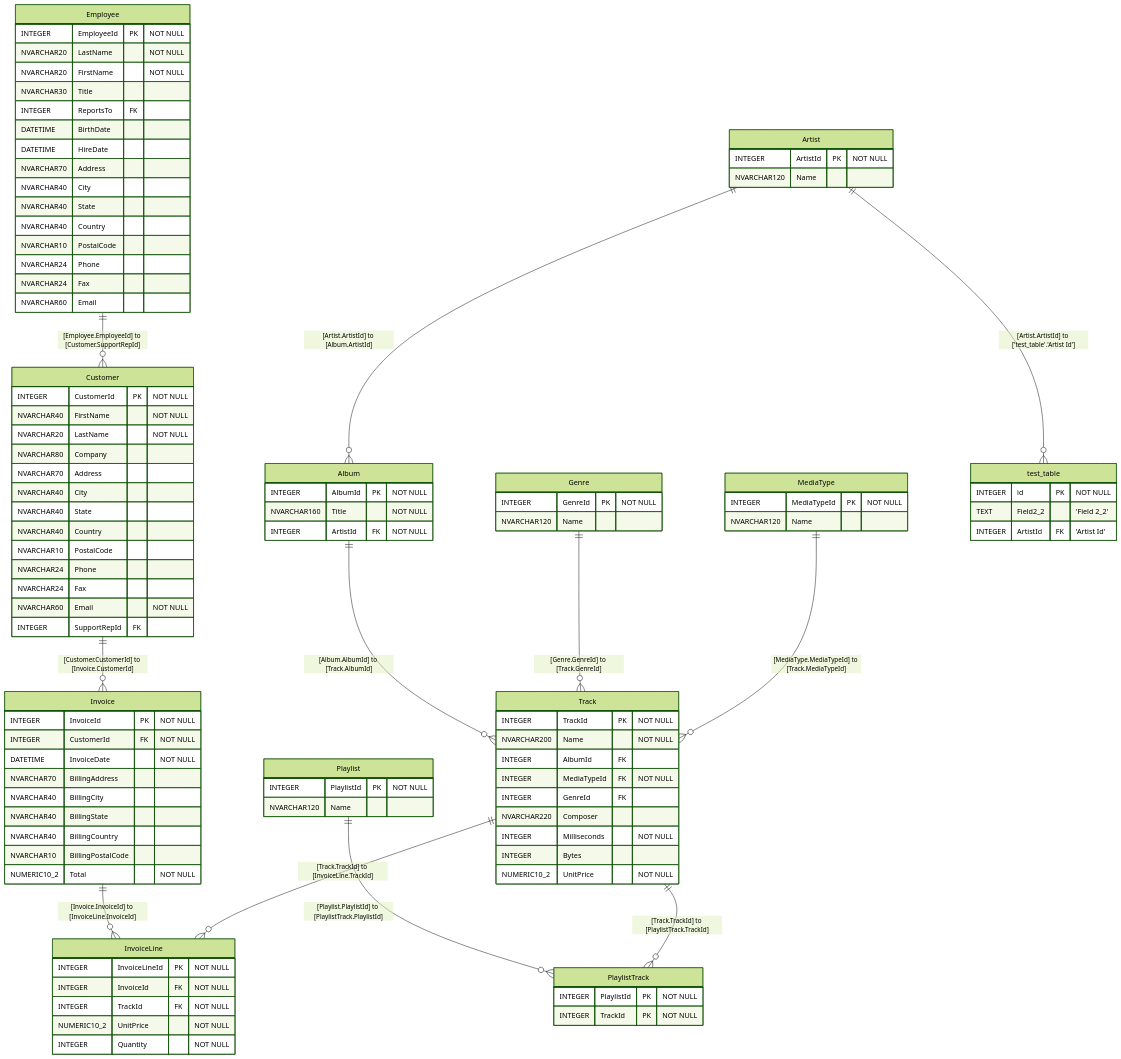
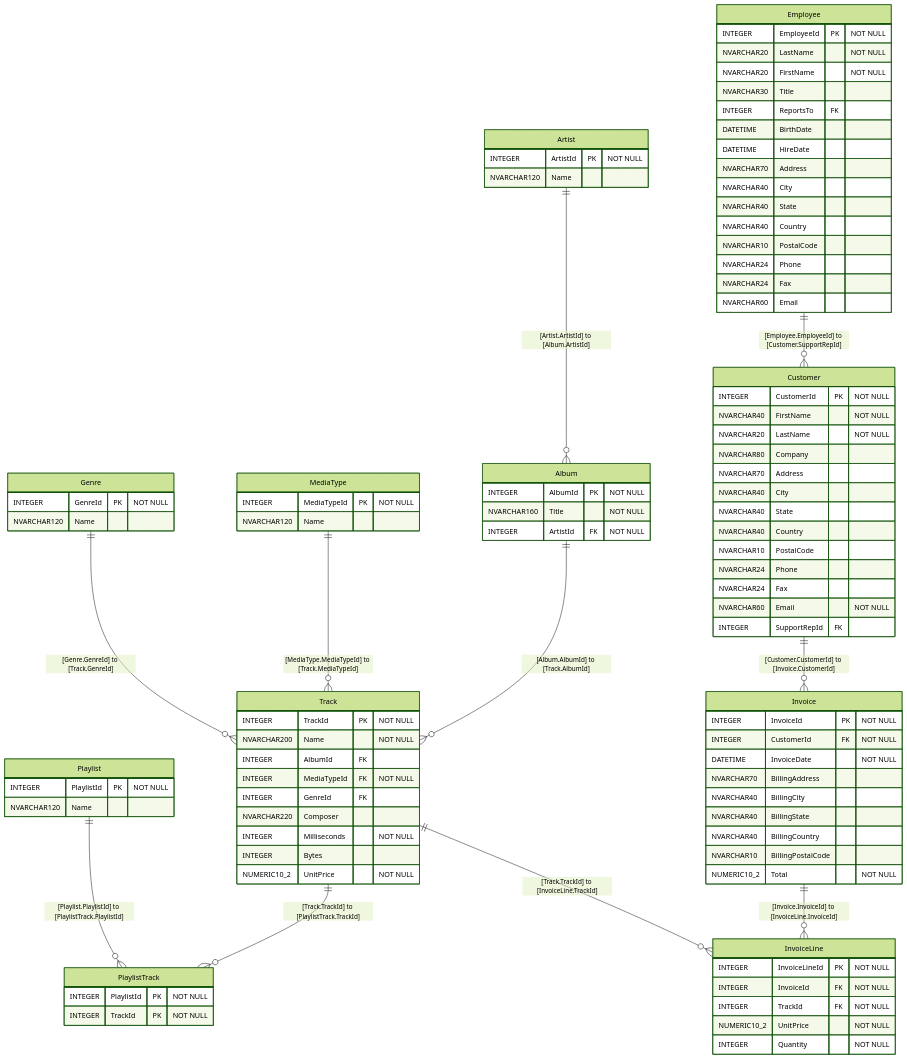
One commit to Software-Developers-IRL/Little-Mermaid-2-The-SQL changed the second of 2 diagrams in samples/chinook-database-2.0.1.md. Above: the diagram before and after it, drawn with Mermaid (forest theme). The commit also changed other lines of this file and 5 other files, not shown here.

Commit message:
tweak schema crawler add comments and summary, progress on mysql bug

````diff
--- a/samples/chinook-database-2.0.1.md
+++ b/samples/chinook-database-2.0.1.md
@@ -10,126 +16,128 @@
-```mermaid
-erDiagram
+    ```mermaid
+    erDiagram
 
-  Artist {
-    INTEGER ArtistId PK "NOT NULL"
-    NVARCHAR120 Name
-  }
+      %% Entity With No Relantionships #1
+      Artist {
+        INTEGER ArtistId PK "NOT NULL"
+        NVARCHAR120 Name
+      }
 
-  Employee {
-    INTEGER EmployeeId PK "NOT NULL"
-    NVARCHAR20 LastName "NOT NULL"
-    NVARCHAR20 FirstName "NOT NULL"
-    NVARCHAR30 Title
-    INTEGER ReportsTo FK
-    DATETIME BirthDate
-    DATETIME HireDate
-    NVARCHAR70 Address
-    NVARCHAR40 City
-    NVARCHAR40 State
-    NVARCHAR40 Country
-    NVARCHAR10 PostalCode
-    NVARCHAR24 Phone
-    NVARCHAR24 Fax
-    NVARCHAR60 Email
-  }
+      %% Entity With No Relantionships #2
+      Employee {
+        INTEGER EmployeeId PK "NOT NULL"
+        NVARCHAR20 LastName "NOT NULL"
+        NVARCHAR20 FirstName "NOT NULL"
+        NVARCHAR30 Title
+        INTEGER ReportsTo FK
+        DATETIME BirthDate
+        DATETIME HireDate
+        NVARCHAR70 Address
+        NVARCHAR40 City
+        NVARCHAR40 State
+        NVARCHAR40 Country
+        NVARCHAR10 PostalCode
+        NVARCHAR24 Phone
+        NVARCHAR24 Fax
+        NVARCHAR60 Email
+      }
 
-  Genre {
-    INTEGER GenreId PK "NOT NULL"
-    NVARCHAR120 Name
-  }
+      %% Entity With No Relantionships #3
+      Genre {
+        INTEGER GenreId PK "NOT NULL"
+        NVARCHAR120 Name
+      }
 
-  MediaType {
-    INTEGER MediaTypeId PK "NOT NULL"
-    NVARCHAR120 Name
-  }
+      %% Entity With No Relantionships #4
+      MediaType {
+        INTEGER MediaTypeId PK "NOT NULL"
+        NVARCHAR120 Name
+      }
 
-  Playlist {
-    INTEGER PlaylistId PK "NOT NULL"
-    NVARCHAR120 Name
-  }
+      %% Entity With No Relantionships #5
+      Playlist {
+        INTEGER PlaylistId PK "NOT NULL"
+        NVARCHAR120 Name
+      }
 
-  Album {
-    INTEGER AlbumId PK "NOT NULL"
-    NVARCHAR160 Title "NOT NULL"
-    INTEGER ArtistId FK "NOT NULL"
-  }
+      %% Entity With No Relantionships #6
+      Album {
+        INTEGER AlbumId PK "NOT NULL"
+        NVARCHAR160 Title "NOT NULL"
+        INTEGER ArtistId FK "NOT NULL"
+      }
 
-  Customer {
-    INTEGER CustomerId PK "NOT NULL"
-    NVARCHAR40 FirstName "NOT NULL"
-    NVARCHAR20 LastName "NOT NULL"
-    NVARCHAR80 Company
-    NVARCHAR70 Address
-    NVARCHAR40 City
-    NVARCHAR40 State
-    NVARCHAR40 Country
-    NVARCHAR10 PostalCode
-    NVARCHAR24 Phone
-    NVARCHAR24 Fax
-    NVARCHAR60 Email "NOT NULL"
-    INTEGER SupportRepId FK
-  }
+      %% Entity With No Relantionships #7
+      Customer {
+        INTEGER CustomerId PK "NOT NULL"
+        NVARCHAR40 FirstName "NOT NULL"
+        NVARCHAR20 LastName "NOT NULL"
+        NVARCHAR80 Company
+        NVARCHAR70 Address
+        NVARCHAR40 City
+        NVARCHAR40 State
+        NVARCHAR40 Country
+        NVARCHAR10 PostalCode
+        NVARCHAR24 Phone
+        NVARCHAR24 Fax
+        NVARCHAR60 Email "NOT NULL"
+        INTEGER SupportRepId FK
+      }
 
-  test_table {
-    INTEGER id PK "NOT NULL"
-    TEXT Field2_2 "'Field 2_2'"
-    INTEGER ArtistId FK "'Artist Id'"
-  }
+      %% Entity With No Relantionships #8
+      Invoice {
+        INTEGER InvoiceId PK "NOT NULL"
+        INTEGER CustomerId FK "NOT NULL"
+        DATETIME InvoiceDate "NOT NULL"
+        NVARCHAR70 BillingAddress
+        NVARCHAR40 BillingCity
+        NVARCHAR40 BillingState
+        NVARCHAR40 BillingCountry
+        NVARCHAR10 BillingPostalCode
+        NUMERIC10_2 Total "NOT NULL"
+      }
 
-  Invoice {
-    INTEGER InvoiceId PK "NOT NULL"
-    INTEGER CustomerId FK "NOT NULL"
-    DATETIME InvoiceDate "NOT NULL"
-    NVARCHAR70 BillingAddress
-    NVARCHAR40 BillingCity
-    NVARCHAR40 BillingState
-    NVARCHAR40 BillingCountry
-    NVARCHAR10 BillingPostalCode
-    NUMERIC10_2 Total "NOT NULL"
-  }
+      %% Entity With No Relantionships #9
+      Track {
+        INTEGER TrackId PK "NOT NULL"
+        NVARCHAR200 Name "NOT NULL"
+        INTEGER AlbumId FK
+        INTEGER MediaTypeId FK "NOT NULL"
+        INTEGER GenreId FK
+        NVARCHAR220 Composer
+        INTEGER Milliseconds "NOT NULL"
+        INTEGER Bytes
+        NUMERIC10_2 UnitPrice "NOT NULL"
+      }
 
-  Track {
-    INTEGER TrackId PK "NOT NULL"
-    NVARCHAR200 Name "NOT NULL"
-    INTEGER AlbumId FK
-    INTEGER MediaTypeId FK "NOT NULL"
-    INTEGER GenreId FK
-    NVARCHAR220 Composer
-    INTEGER Milliseconds "NOT NULL"
-    INTEGER Bytes
-    NUMERIC10_2 UnitPrice "NOT NULL"
-  }
+      %% Entity With No Relantionships #10
+      InvoiceLine {
+        INTEGER InvoiceLineId PK "NOT NULL"
+        INTEGER InvoiceId FK "NOT NULL"
+        INTEGER TrackId FK "NOT NULL"
+        NUMERIC10_2 UnitPrice "NOT NULL"
+        INTEGER Quantity "NOT NULL"
+      }
 
-  InvoiceLine {
-    INTEGER InvoiceLineId PK "NOT NULL"
-    INTEGER InvoiceId FK "NOT NULL"
-    INTEGER TrackId FK "NOT NULL"
-    NUMERIC10_2 UnitPrice "NOT NULL"
-    INTEGER Quantity "NOT NULL"
-  }
+      %% Entity With No Relantionships #11
+      PlaylistTrack {
+        INTEGER PlaylistId PK "NOT NULL"
+        INTEGER TrackId PK "NOT NULL"
+      }
 
-  PlaylistTrack {
-    INTEGER PlaylistId PK "NOT NULL"
-    INTEGER TrackId PK "NOT NULL"
-  }
+      Artist ||--o{ Album : "[Artist.ArtistId] to [Album.ArtistId]"
 
-  Artist ||--o{ Album : "[Artist.ArtistId] to [Album.ArtistId]"
+      Employee ||--o{ Customer : "[Employee.EmployeeId] to [Customer.SupportRepId]"
 
-  Employee ||--o{ Customer : "[Employee.EmployeeId] to [Customer.SupportRepId]"
+      Customer ||--o{ Invoice : "[Customer.CustomerId] to [Invoice.CustomerId]"
 
-  Artist ||--o{ test_table : "[Artist.ArtistId] to ['test_table'.'Artist Id']"
+      Album ||--o{ Track : "[Album.AlbumId] to [Track.AlbumId]"
+      Genre ||--o{ Track : "[Genre.GenreId] to [Track.GenreId]"
+      MediaType ||--o{ Track : "[MediaType.MediaTypeId] to [Track.MediaTypeId]"
 
-  Customer ||--o{ Invoice : "[Customer.CustomerId] to [Invoice.CustomerId]"
+      Invoice ||--o{ InvoiceLine : "[Invoice.InvoiceId] to [InvoiceLine.InvoiceId]"
+      Track ||--o{ InvoiceLine : "[Track.TrackId] to [InvoiceLine.TrackId]"
 
-  Album ||--o{ Track : "[Album.AlbumId] to [Track.AlbumId]"
-  Genre ||--o{ Track : "[Genre.GenreId] to [Track.GenreId]"
-  MediaType ||--o{ Track : "[MediaType.MediaTypeId] to [Track.MediaTypeId]"
+      Playlist ||--o{ PlaylistTrack : "[Playlist.PlaylistId] to [PlaylistTrack.PlaylistId]"
+      Track ||--o{ PlaylistTrack : "[Track.TrackId] to [PlaylistTrack.TrackId]"
 
-  Invoice ||--o{ InvoiceLine : "[Invoice.InvoiceId] to [InvoiceLine.InvoiceId]"
-  Track ||--o{ InvoiceLine : "[Track.TrackId] to [InvoiceLine.TrackId]"
-
-  Playlist ||--o{ PlaylistTrack : "[Playlist.PlaylistId] to [PlaylistTrack.PlaylistId]"
-  Track ||--o{ PlaylistTrack : "[Track.TrackId] to [PlaylistTrack.TrackId]"
-
-
-```
+    ```
````
